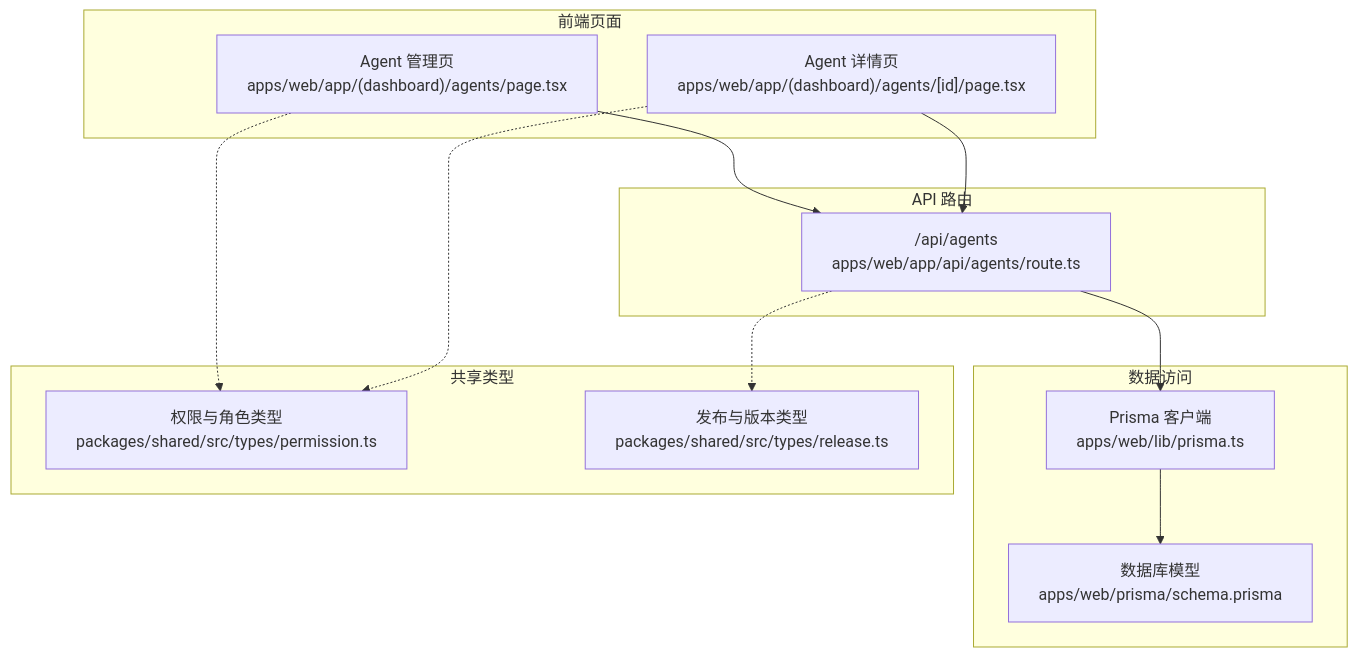
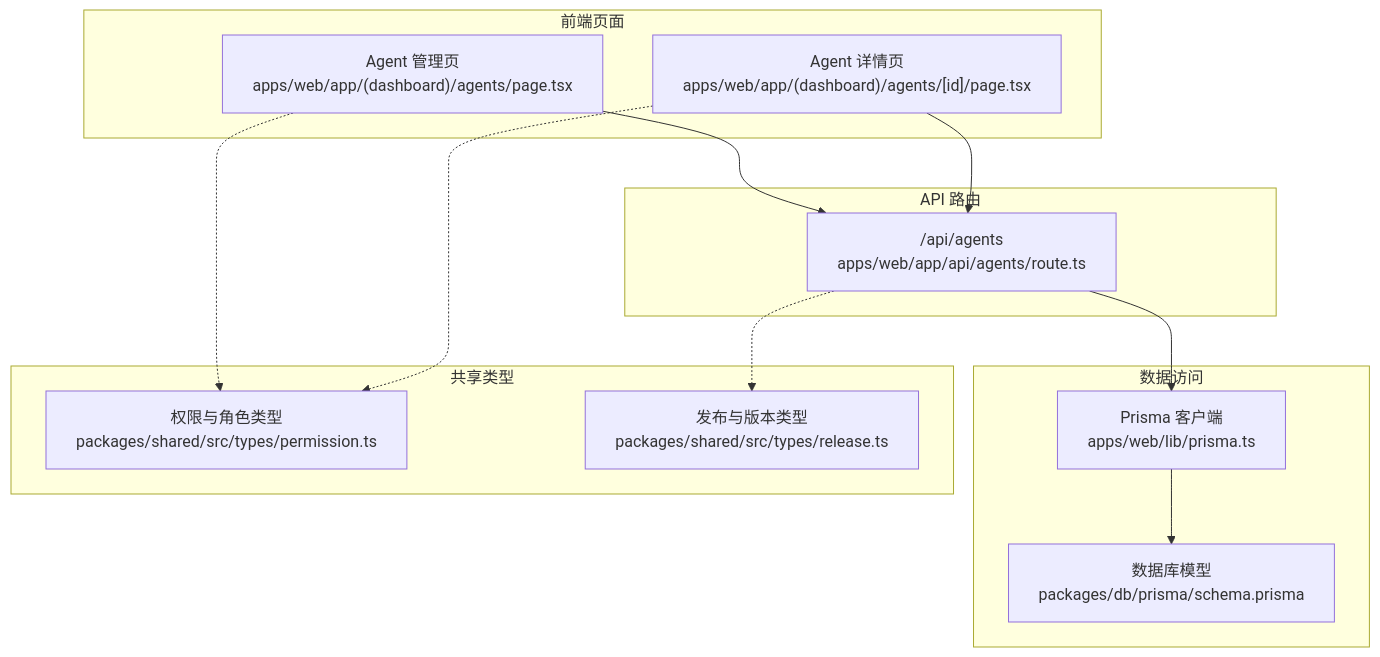
One commit to ai-guru-global/agent-up changed the first of 7 diagrams in .qoder/repowiki/zh/content/核心概念/Agent 生命周期管理.md. Above: the diagram before and after it, drawn with Mermaid. The commit also changed other lines of this file and 169 other files, not shown here.

````diff
--- a/.qoder/repowiki/zh/content/核心概念/Agent 生命周期管理.md
+++ b/.qoder/repowiki/zh/content/核心概念/Agent 生命周期管理.md
@@ -32,25 +32,25 @@
 ```mermaid
 graph TB
 subgraph "前端页面"
 A["Agent 管理页<br/>apps/web/app/(dashboard)/agents/page.tsx"]
 B["Agent 详情页<br/>apps/web/app/(dashboard)/agents/[id]/page.tsx"]
 end
 subgraph "API 路由"
 C["/api/agents<br/>apps/web/app/api/agents/route.ts"]
 end
 subgraph "数据访问"
 D["Prisma 客户端<br/>apps/web/lib/prisma.ts"]
-E["数据库模型<br/>apps/web/prisma/schema.prisma"]
+E["数据库模型<br/>packages/db/prisma/schema.prisma"]
 end
 subgraph "共享类型"
 F["权限与角色类型<br/>packages/shared/src/types/permission.ts"]
 G["发布与版本类型<br/>packages/shared/src/types/release.ts"]
 end
 A --> C
 B --> C
 C --> D
 D --> E
 A -.-> F
 B -.-> F
 C -.-> G
 ```
````
